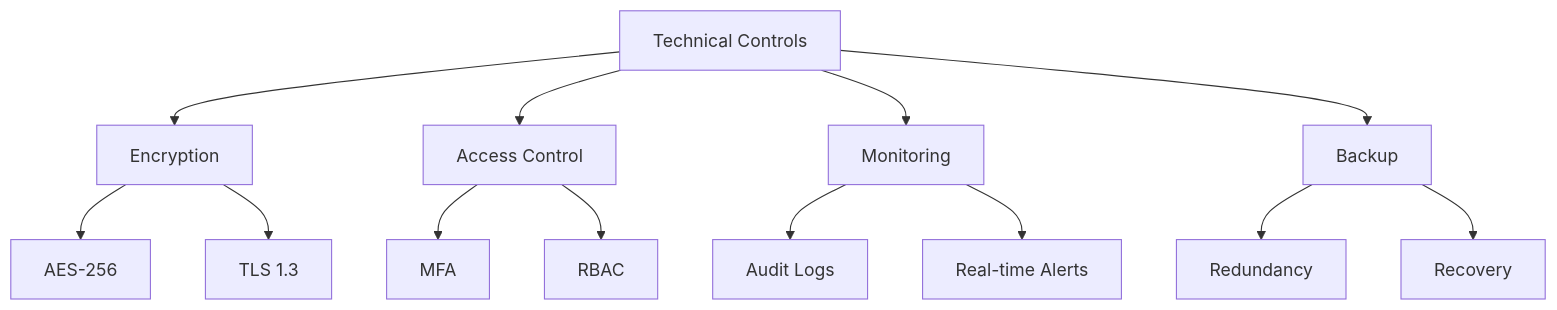
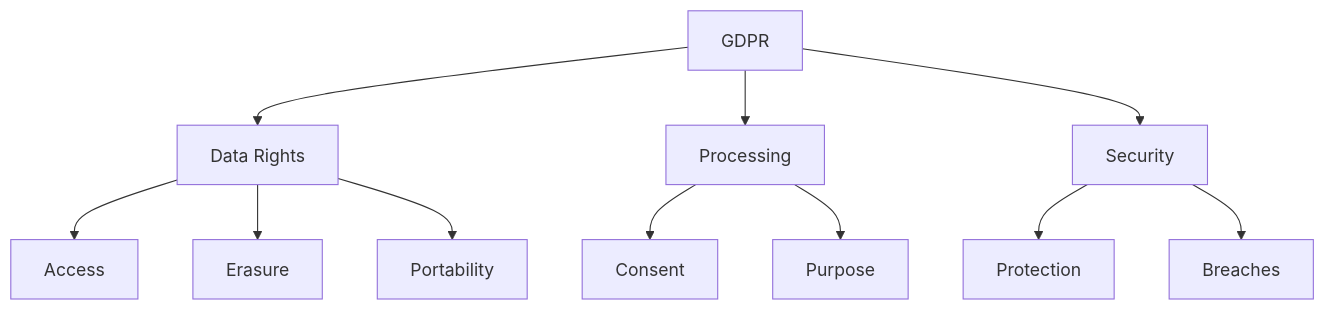
One commit to jihadajUAEU/bluemeshv2 changed the ninth of 11 diagrams in layers.md. Above: the diagram before and after it, drawn with Mermaid. The commit also changed other lines of this file and 2 other files, not shown here.

````diff
--- a/layers.md
+++ b/layers.md
@@ -275,19 +239,16 @@
 ```mermaid
 graph TD
-    A[Technical Controls] --> B[Encryption]
-    A --> C[Access Control]
-    A --> D[Monitoring]
-    A --> E[Backup]
+    A[GDPR] --> B[Data Rights]
+    A --> C[Processing]
+    A --> D[Security]
     
-    B --> B1[AES-256]
-    B --> B2[TLS 1.3]
+    B --> E[Access]
+    B --> F[Erasure]
+    B --> G[Portability]
     
-    C --> C1[MFA]
-    C --> C2[RBAC]
+    C --> H[Consent]
+    C --> I[Purpose]
     
-    D --> D1[Audit Logs]
-    D --> D2[Real-time Alerts]
-    
-    E --> E1[Redundancy]
-    E --> E2[Recovery]
+    D --> J[Protection]
+    D --> K[Breaches]
 ```
````
